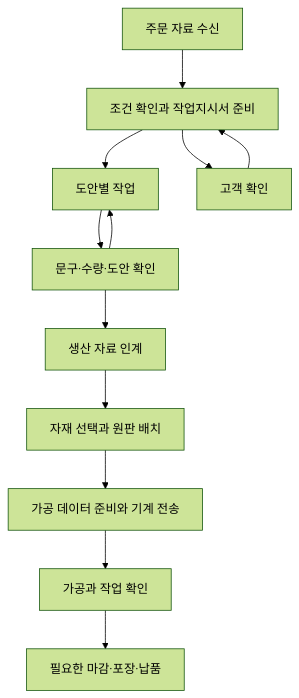
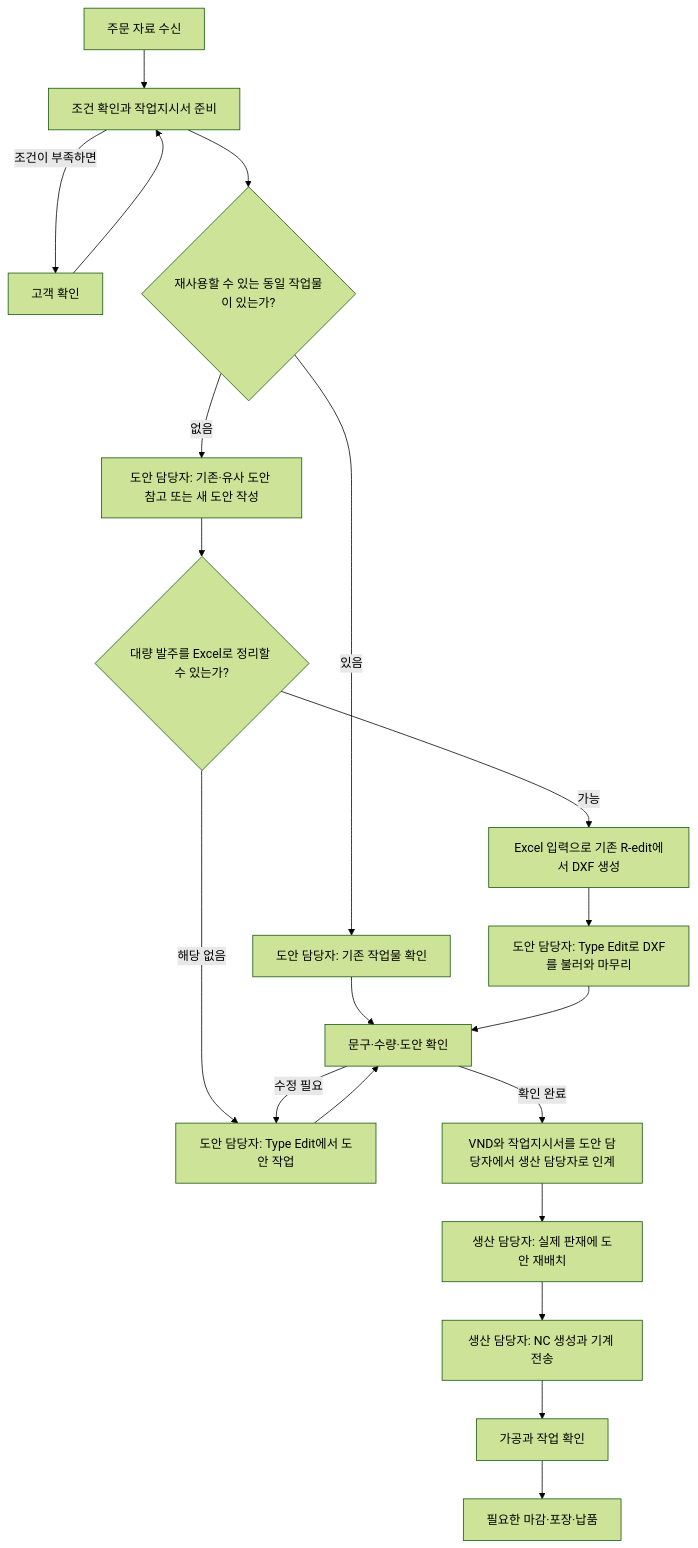
Before and after one commit to richwon-lab/richwon-architecture: the diagram in docs/business/current-workflow.md, drawn with Mermaid (forest theme). The commit also changed other lines of this file, not shown here.

````diff
--- a/docs/business/current-workflow.md
+++ b/docs/business/current-workflow.md
@@ -21,14 +23,22 @@
 ```mermaid
 flowchart TD
   A[주문 자료 수신] --> B[조건 확인과 작업지시서 준비]
-  B --> C[도안별 작업]
-  C --> D[문구·수량·도안 확인]
-  D --> E[생산 자료 인계]
-  E --> F[자재 선택과 원판 배치]
-  F --> G[가공 데이터 준비와 기계 전송]
+  B -->|조건이 부족하면| J[고객 확인]
+  J --> B
+  B --> C{재사용할 수 있는 동일 작업물이 있는가?}
+  C -->|있음| D[도안 담당자: 기존 작업물 확인]
+  C -->|없음| K[도안 담당자: 기존·유사 도안 참고 또는 새 도안 작성]
+  K --> L{대량 발주를 Excel로 정리할 수 있는가?}
+  L -->|가능| M[Excel 입력으로 기존 R-edit에서 DXF 생성]
+  M --> N[도안 담당자: Type Edit로 DXF를 불러와 마무리]
+  L -->|해당 없음| O[도안 담당자: Type Edit에서 도안 작업]
+  D --> P[문구·수량·도안 확인]
+  N --> P
+  O --> P
+  P -->|수정 필요| O
+  P -->|확인 완료| E[VND와 작업지시서를 도안 담당자에서 생산 담당자로 인계]
+  E --> F[생산 담당자: 실제 판재에 도안 재배치]
+  F --> G[생산 담당자: NC 생성과 기계 전송]
   G --> H[가공과 작업 확인]
   H --> I[필요한 마감·포장·납품]
-  B --> J[고객 확인]
-  J --> B
-  D --> C
 ```
````
